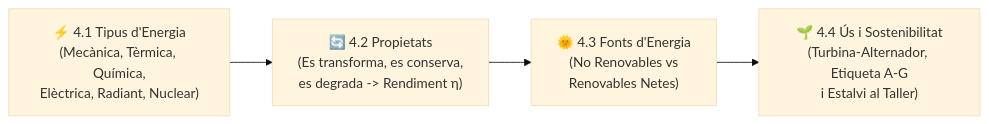
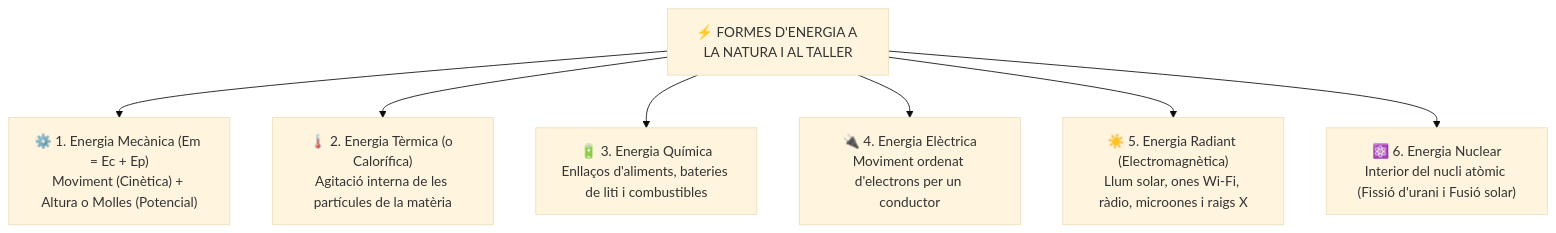
One commit to socderafel/socderafel.github.io changed the first of 4 diagrams in biblioteca-cicles/01_FP_Basica/1fpb-ciencies-aplicades/nat04/index.md. Above: the diagram before and after it, drawn with Mermaid (base theme). The commit also changed other lines of this file and 68 other files, not shown here.

````diff
--- a/biblioteca-cicles/01_FP_Basica/1fpb-ciencies-aplicades/nat04/index.md
+++ b/biblioteca-cicles/01_FP_Basica/1fpb-ciencies-aplicades/nat04/index.md
@@ -47,14 +68,15 @@
 ```mermaid
-flowchart LR
-  A["⚡ 4.1 Tipus d'Energia
-(Mecànica, Tèrmica, Química,
-Elèctrica, Radiant, Nuclear)"] --> B["🔄 4.2 Propietats
-(Es transforma, es conserva,
-es degrada -> Rendiment η)"]
-  B --> C["🌞 4.3 Fonts d'Energia
-(No Renovables vs
-Renovables Netes)"]
-  C --> D["🌱 4.4 Ús i Sostenibilitat
-(Turbina-Alternador, Etiqueta A-G
-i Estalvi al Taller)"]
+flowchart TD
+  A["⚡ FORMES D'ENERGIA A LA NATURA I AL TALLER"] --> B["⚙️ 1. Energia Mecànica (Em = Ec + Ep)
+Moviment (Cinètica) + Altura o Molles (Potencial)"]
+  A --> C["🌡️ 2. Energia Tèrmica (o Calorífica)
+Agitació interna de les partícules de la matèria"]
+  A --> D["🔋 3. Energia Química
+Enllaços d'aliments, bateries de liti i combustibles"]
+  A --> E["🔌 4. Energia Elèctrica
+Moviment ordenat d'electrons per un conductor"]
+  A --> F["☀️ 5. Energia Radiant (Electromagnètica)
+Llum solar, ones Wi-Fi, ràdio, microones i raigs X"]
+  A --> G["⚛️ 6. Energia Nuclear
+Interior del nucli atòmic (Fissió d'urani i Fusió solar)"]
 ```
````
